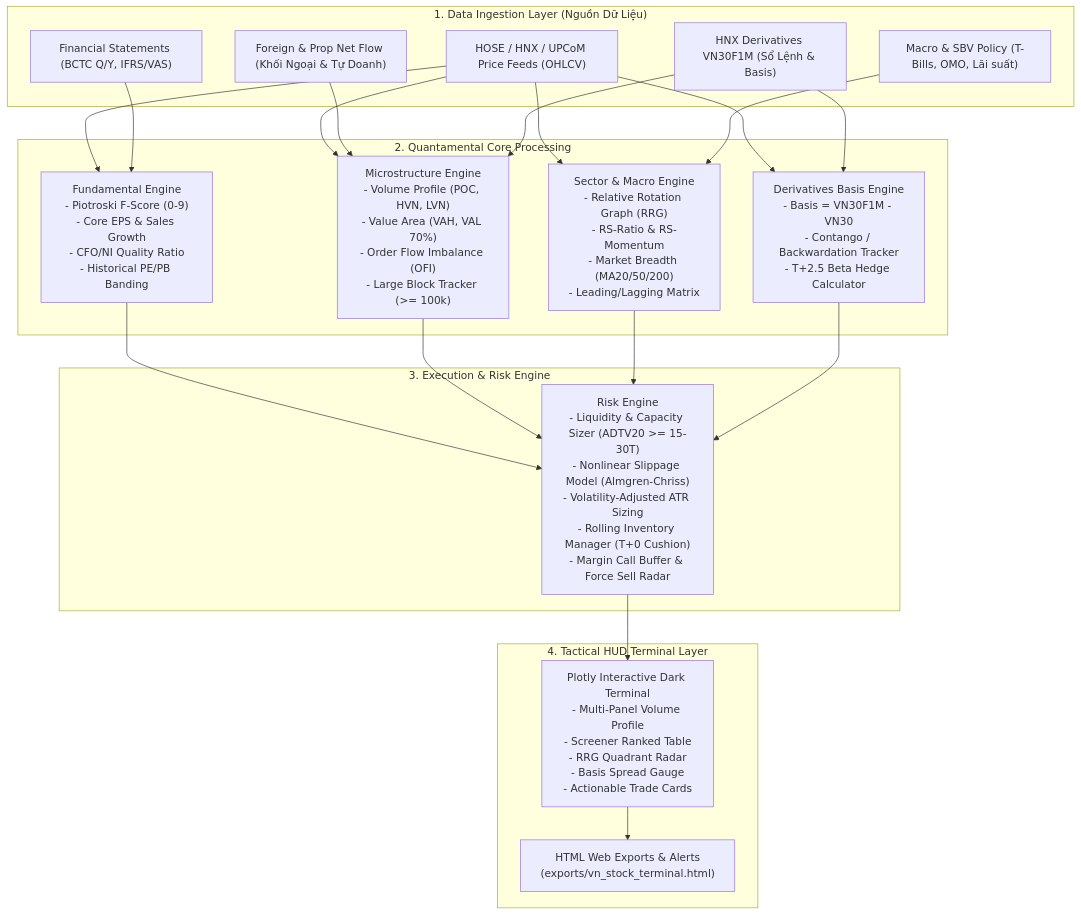
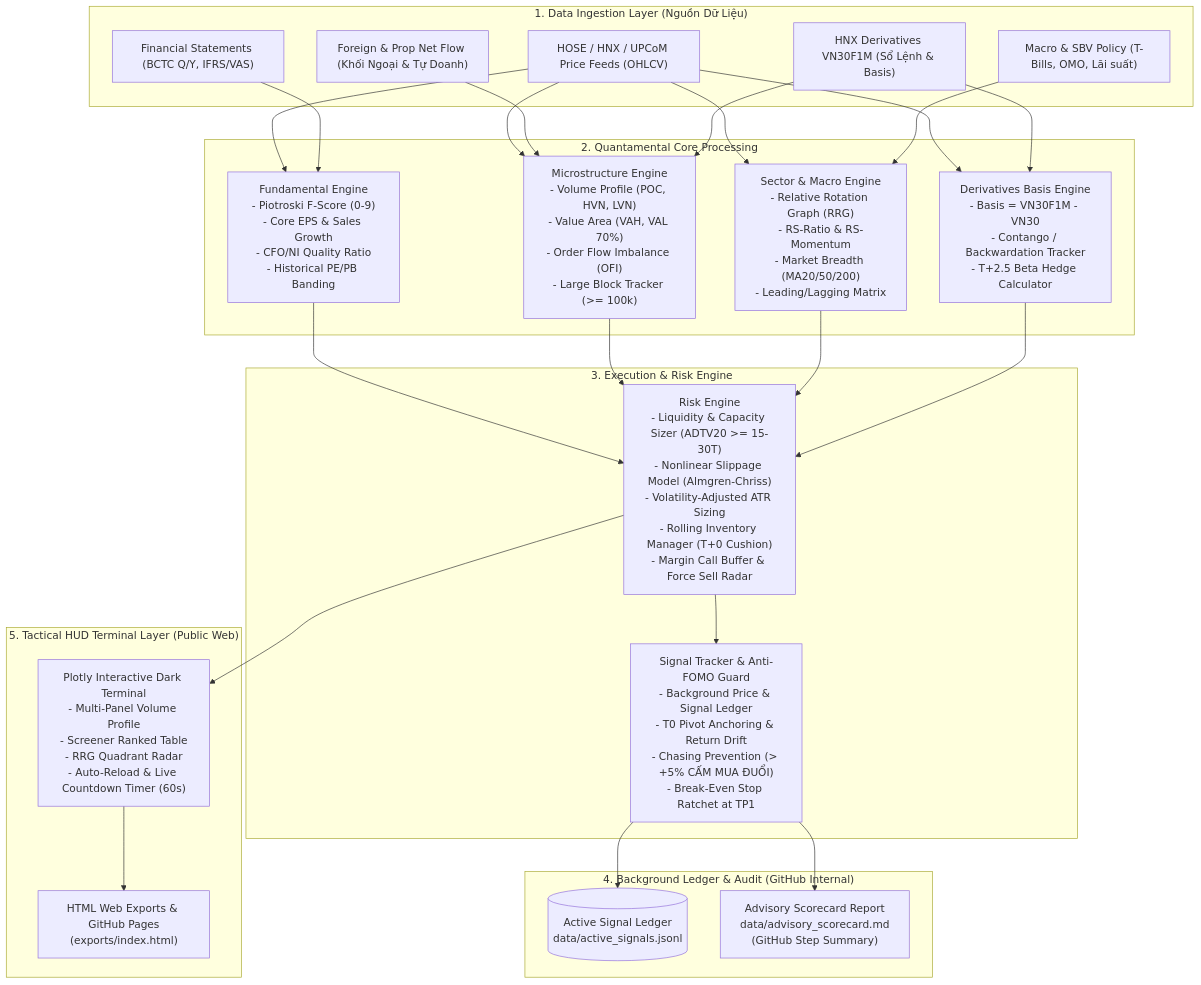
Before and after one commit to DaniNguyen2509/Neiro-Stock-VN: the diagram in docs/architecture.md, drawn with Mermaid. The commit also changed other lines of this file and 2 other files, not shown here.

Commit message:
docs(architecture): synchronize architecture diagram, spec tiers, and README with ADR-008 and ADR-009

````diff
--- a/docs/architecture.md
+++ b/docs/architecture.md
@@ -7,35 +7,44 @@
 ```mermaid
 flowchart TD
     subgraph Data_Sources ["1. Data Ingestion Layer (Nguồn Dữ Liệu)"]
         D1["HOSE / HNX / UPCoM Price Feeds (OHLCV)"]
         D2["Financial Statements (BCTC Q/Y, IFRS/VAS)"]
         D3["Foreign & Prop Net Flow (Khối Ngoại & Tự Doanh)"]
         D4["HNX Derivatives VN30F1M (Sổ Lệnh & Basis)"]
         D5["Macro & SBV Policy (T-Bills, OMO, Lãi suất)"]
     end
 
     subgraph Quant_Engines ["2. Quantamental Core Processing"]
         FE["Fundamental Engine\n- Piotroski F-Score (0-9)\n- Core EPS & Sales Growth\n- CFO/NI Quality Ratio\n- Historical PE/PB Banding"]
         ME["Microstructure Engine\n- Volume Profile (POC, HVN, LVN)\n- Value Area (VAH, VAL 70%)\n- Order Flow Imbalance (OFI)\n- Large Block Tracker (>= 100k)"]
         SE["Sector & Macro Engine\n- Relative Rotation Graph (RRG)\n- RS-Ratio & RS-Momentum\n- Market Breadth (MA20/50/200)\n- Leading/Lagging Matrix"]
         DE["Derivatives Basis Engine\n- Basis = VN30F1M - VN30\n- Contango / Backwardation Tracker\n- T+2.5 Beta Hedge Calculator"]
     end
 
     subgraph Risk_Orchestrator ["3. Execution & Risk Engine"]
         RE["Risk Engine\n- Liquidity & Capacity Sizer (ADTV20 >= 15-30T)\n- Nonlinear Slippage Model (Almgren-Chriss)\n- Volatility-Adjusted ATR Sizing\n- Rolling Inventory Manager (T+0 Cushion)\n- Margin Call Buffer & Force Sell Radar"]
+        ST["Signal Tracker & Anti-FOMO Guard\n- Background Price & Signal Ledger\n- T0 Pivot Anchoring & Return Drift\n- Chasing Prevention (> +5% CẤM MUA ĐUỔI)\n- Break-Even Stop Ratchet at TP1"]
     end
 
-    subgraph HUD_Presentation ["4. Tactical HUD Terminal Layer"]
-        HUD["Plotly Interactive Dark Terminal\n- Multi-Panel Volume Profile\n- Screener Ranked Table\n- RRG Quadrant Radar\n- Basis Spread Gauge\n- Actionable Trade Cards"]
-        OUT["HTML Web Exports & Alerts\n(exports/vn_stock_terminal.html)"]
+    subgraph Storage_Audit ["4. Background Ledger & Audit (GitHub Internal)"]
+        LEDGER[("Active Signal Ledger\ndata/active_signals.jsonl")]
+        SCORECARD["Advisory Scorecard Report\ndata/advisory_scorecard.md\n(GitHub Step Summary)"]
+    end
+
+    subgraph HUD_Presentation ["5. Tactical HUD Terminal Layer (Public Web)"]
+        HUD["Plotly Interactive Dark Terminal\n- Multi-Panel Volume Profile\n- Screener Ranked Table\n- RRG Quadrant Radar\n- Auto-Reload & Live Countdown Timer (60s)"]
+        OUT["HTML Web Exports & GitHub Pages\n(exports/index.html)"]
     end
 
     D1 & D2 --> FE
     D1 & D3 & D4 --> ME
     D1 & D5 --> SE
     D1 & D4 --> DE
 
     FE & ME & SE & DE --> RE
+    RE --> ST
+    ST --> LEDGER
+    ST --> SCORECARD
     RE --> HUD
     HUD --> OUT
 ```
````
